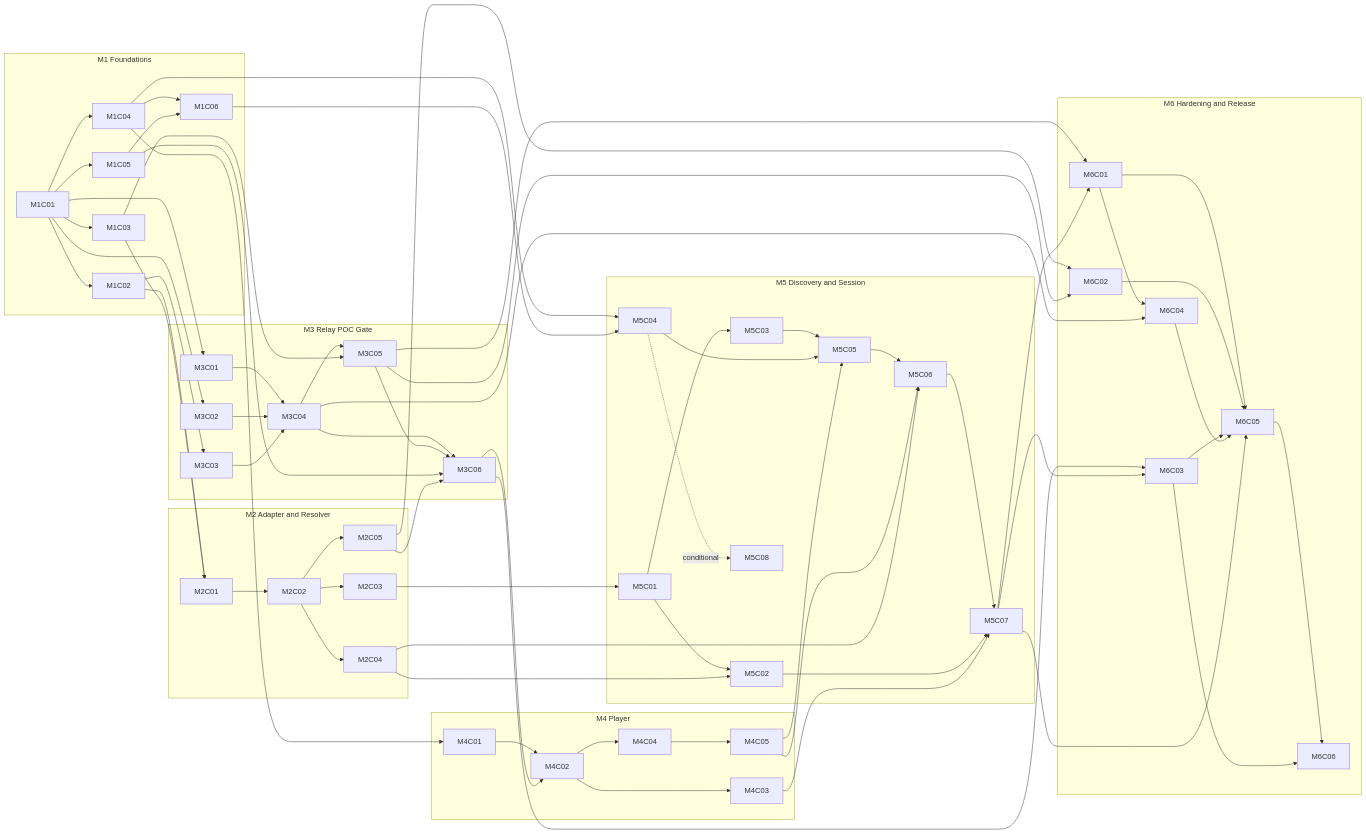
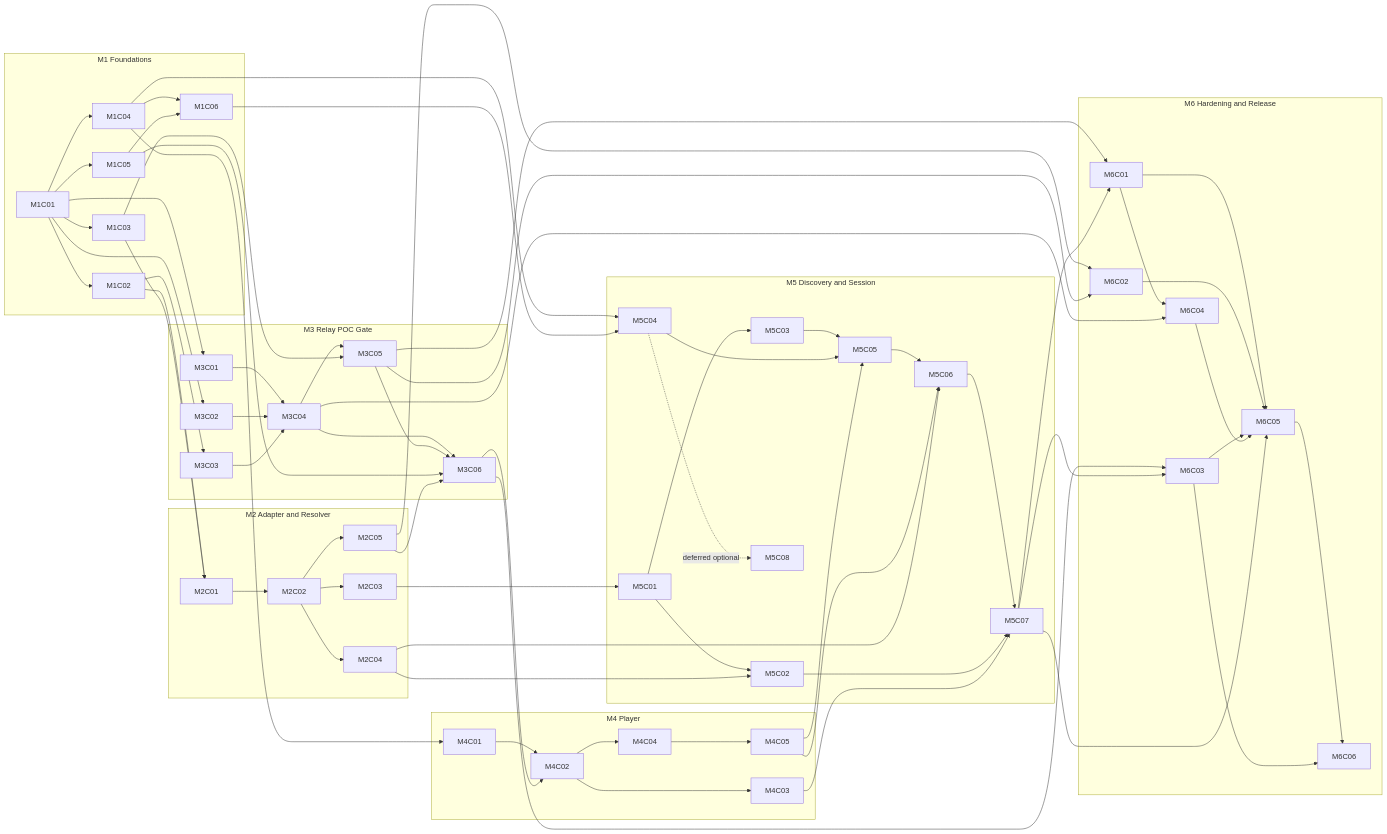
One commit to PPJ-69/red-webapp changed the diagram in IMPLEMENTATION_PLAN.md. Above: the diagram before and after it, drawn with Mermaid. The commit also changed other lines of this file and 41 other files, not shown here.

````diff
--- a/IMPLEMENTATION_PLAN.md
+++ b/IMPLEMENTATION_PLAN.md
@@ -577,77 +579,77 @@
 ```mermaid
 flowchart LR
   subgraph M1["M1 Foundations"]
     M1C01 --> M1C02
     M1C01 --> M1C03
     M1C01 --> M1C04
     M1C01 --> M1C05
     M1C04 --> M1C06
     M1C05 --> M1C06
   end
   subgraph M2["M2 Adapter and Resolver"]
     M2C01 --> M2C02
     M2C02 --> M2C03
     M2C02 --> M2C04
     M2C02 --> M2C05
   end
   subgraph M3["M3 Relay POC Gate"]
     M3C01 --> M3C04
     M3C02 --> M3C04
     M3C03 --> M3C04
     M3C04 --> M3C05
     M3C04 --> M3C06
     M3C05 --> M3C06
   end
   subgraph M4["M4 Player"]
     M4C01 --> M4C02
     M4C02 --> M4C03
     M4C02 --> M4C04
     M4C04 --> M4C05
   end
   subgraph M5["M5 Discovery and Session"]
     M5C01 --> M5C02
     M5C01 --> M5C03
     M5C03 --> M5C05
     M5C04 --> M5C05
     M5C05 --> M5C06
     M5C06 --> M5C07
     M5C02 --> M5C07
-    M5C04 -.->|conditional| M5C08
+    M5C04 -.->|deferred optional| M5C08
   end
   subgraph M6["M6 Hardening and Release"]
     M6C01 --> M6C04
     M6C01 --> M6C05
     M6C02 --> M6C05
     M6C03 --> M6C05
     M6C04 --> M6C05
     M6C05 --> M6C06
   end
 
   M1C02 --> M2C01
   M1C03 --> M2C01
   M1C01 --> M3C01
   M1C01 --> M3C02
   M1C02 --> M3C03
   M1C03 --> M3C05
   M1C04 --> M4C01
   M1C05 --> M3C06
   M2C05 --> M3C06
   M3C06 --> M4C02
   M2C03 --> M5C01
   M2C04 --> M5C02
   M1C04 --> M5C04
   M1C06 --> M5C04
   M4C05 --> M5C05
   M4C05 --> M5C06
   M2C04 --> M5C06
   M4C03 --> M5C07
   M3C05 --> M6C01
   M5C07 --> M6C01
   M2C05 --> M6C02
   M3C05 --> M6C02
   M3C06 --> M6C03
   M5C07 --> M6C03
   M3C04 --> M6C04
   M5C07 --> M6C05
   M6C03 --> M6C06
 ```
````
